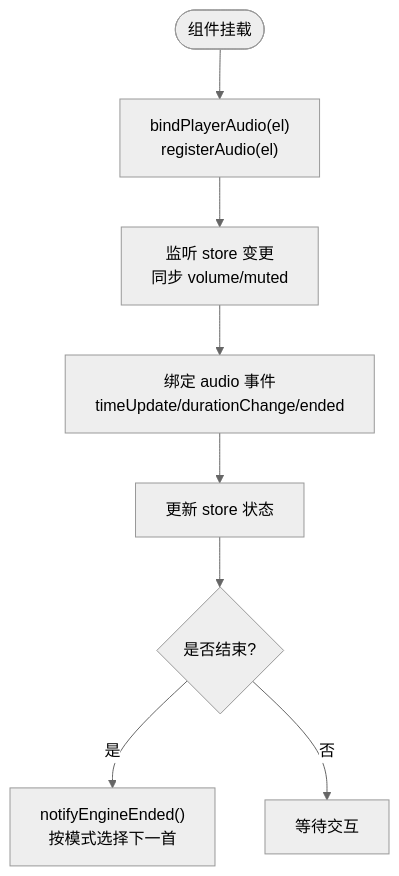
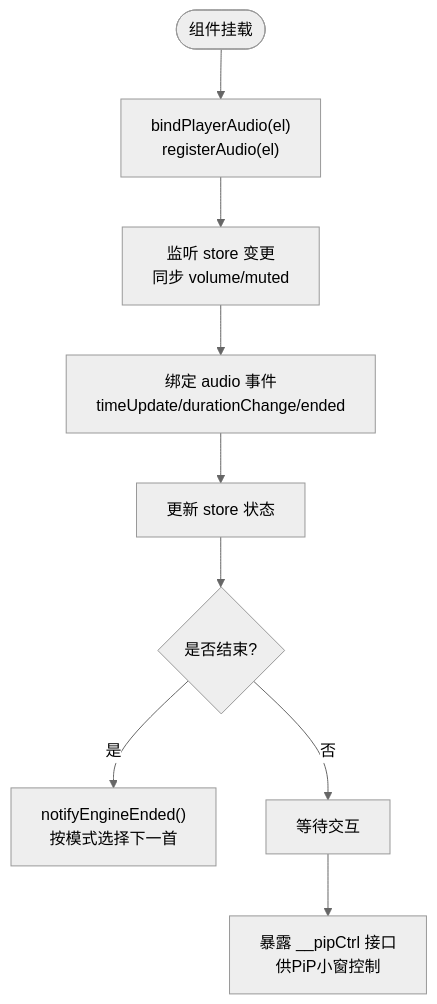
One commit to suqi-bot/SuQCanvas changed the third of 10 diagrams in .qoder/repowiki/zh/content/用户界面组件/媒体播放器.md. Above: the diagram before and after it, drawn with Mermaid (neutral theme). The commit also changed other lines of this file and 71 other files, not shown here.

````diff
--- a/.qoder/repowiki/zh/content/用户界面组件/媒体播放器.md
+++ b/.qoder/repowiki/zh/content/用户界面组件/媒体播放器.md
@@ -190,10 +202,11 @@
 ```mermaid
 flowchart TD
 Start(["组件挂载"]) --> Bind["bindPlayerAudio(el)<br/>registerAudio(el)"]
 Bind --> SyncVol["监听 store 变更<br/>同步 volume/muted"]
 SyncVol --> Events["绑定 audio 事件<br/>timeUpdate/durationChange/ended"]
 Events --> UpdateState["更新 store 状态"]
 UpdateState --> Ended{"是否结束?"}
 Ended -- 是 --> AutoNext["notifyEngineEnded()<br/>按模式选择下一首"]
 Ended -- 否 --> Idle["等待交互"]
+Idle --> PipCtrl["暴露 __pipCtrl 接口<br/>供PiP小窗控制"]
 ```
````
